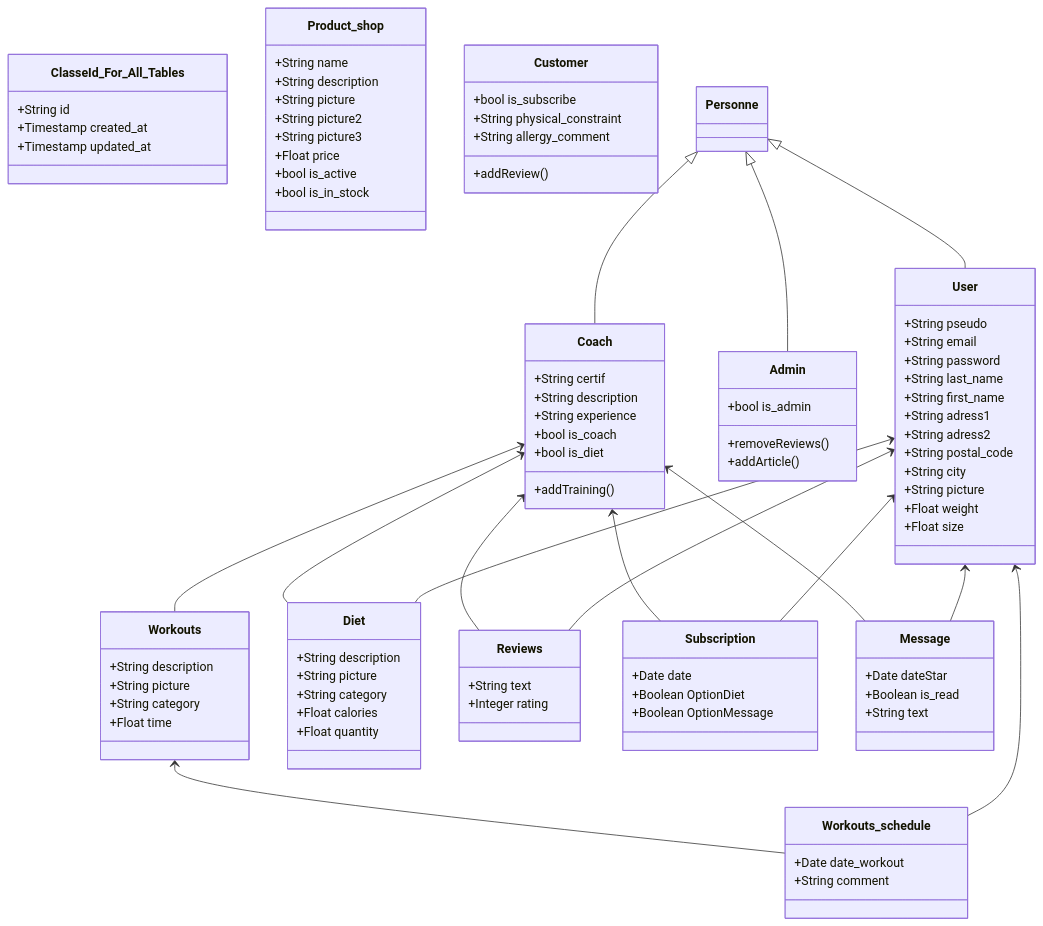
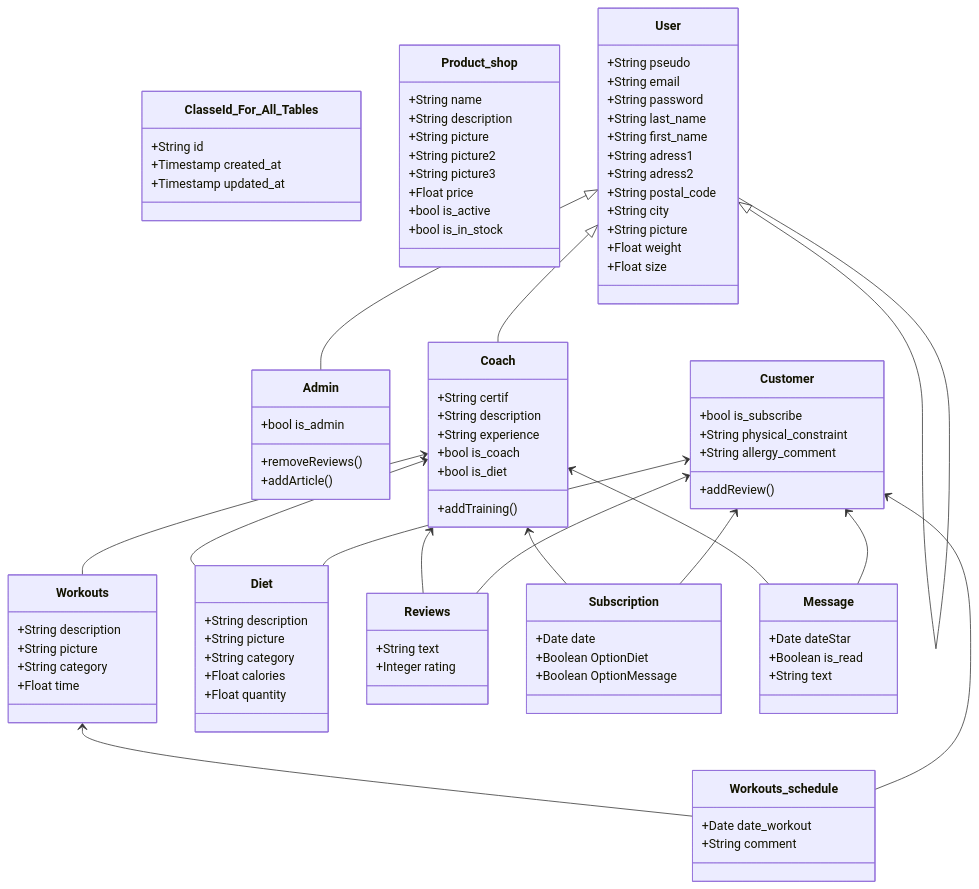
The diagram in Documentation/(Stage 3) Technical Documentation.md (Genia888/FitnessHub), drawn with Mermaid before and after one commit.

Commit message:
Update relations

````diff
--- a/Documentation/(Stage 3) Technical Documentation.md
+++ b/Documentation/(Stage 3) Technical Documentation.md
@@ -182,18 +182,18 @@
 
     %% Relations
     Workouts <-- Workouts_schedule
-    User <-- Workouts_schedule
+    Customer <-- Workouts_schedule
     Coach <-- Workouts
     Coach <-- Diet
-    User <-- Diet
-    Personne <|-- Admin
-    Personne <|-- User
-    Personne <|-- Coach
+    Customer <-- Diet
+    User <|-- Admin
+    User <|-- User
+    User <|-- Coach
     Coach <-- Reviews
-    User <-- Reviews
+    Customer <-- Reviews
     Coach <-- Subscription
-    User <-- Subscription
+    Customer <-- Subscription
     Coach <-- Message
-    User <-- Message
+    Customer <-- Message
 
 ```
````
